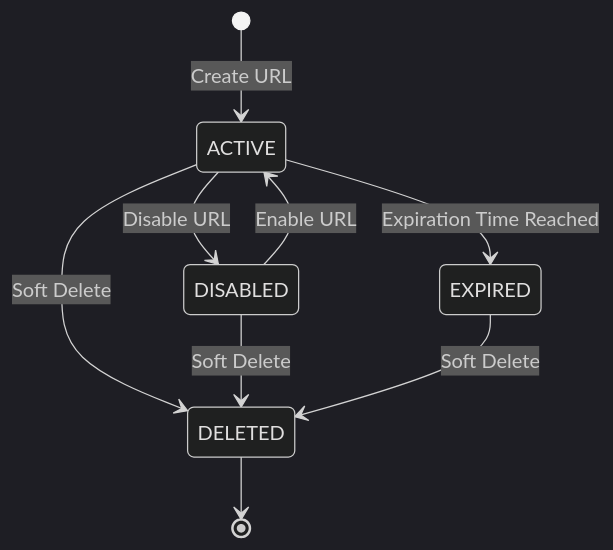
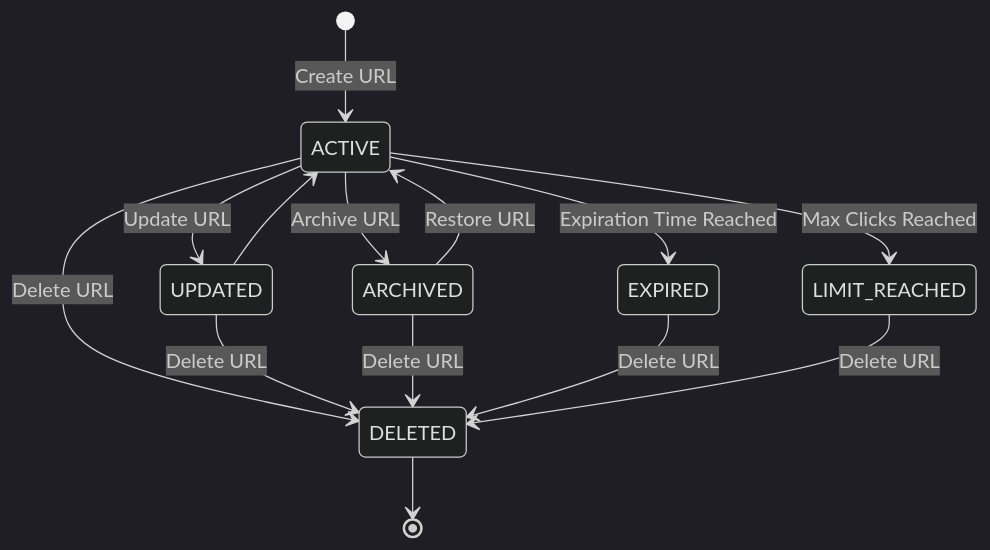
The diagram in docs/architecture/url/URL-Lifecycle.md (datnguyxn/LinkFlow), drawn with Mermaid (dark theme) before and after one commit. The commit also changed other lines of this file and 53 other files, not shown here.

````diff
--- a/docs/architecture/url/URL-Lifecycle.md
+++ b/docs/architecture/url/URL-Lifecycle.md
@@ -15,16 +15,25 @@
 ```mermaid
 stateDiagram-v2
 
 [*] --> ACTIVE : Create URL
 
-ACTIVE --> DISABLED : Disable URL
-DISABLED --> ACTIVE : Enable URL
+ACTIVE --> UPDATED : Update URL
+UPDATED --> ACTIVE
 
 ACTIVE --> EXPIRED : Expiration Time Reached
 
-ACTIVE --> DELETED : Soft Delete
-DISABLED --> DELETED : Soft Delete
-EXPIRED --> DELETED : Soft Delete
+ACTIVE --> LIMIT_REACHED : Max Clicks Reached
+
+ACTIVE --> ARCHIVED : Archive URL
+
+ARCHIVED --> ACTIVE : Restore URL
+
+ACTIVE --> DELETED : Delete URL
+UPDATED --> DELETED : Delete URL
+ARCHIVED --> DELETED : Delete URL
+
+EXPIRED --> DELETED : Delete URL
+LIMIT_REACHED --> DELETED : Delete URL
 
 DELETED --> [*]
 ```
````
